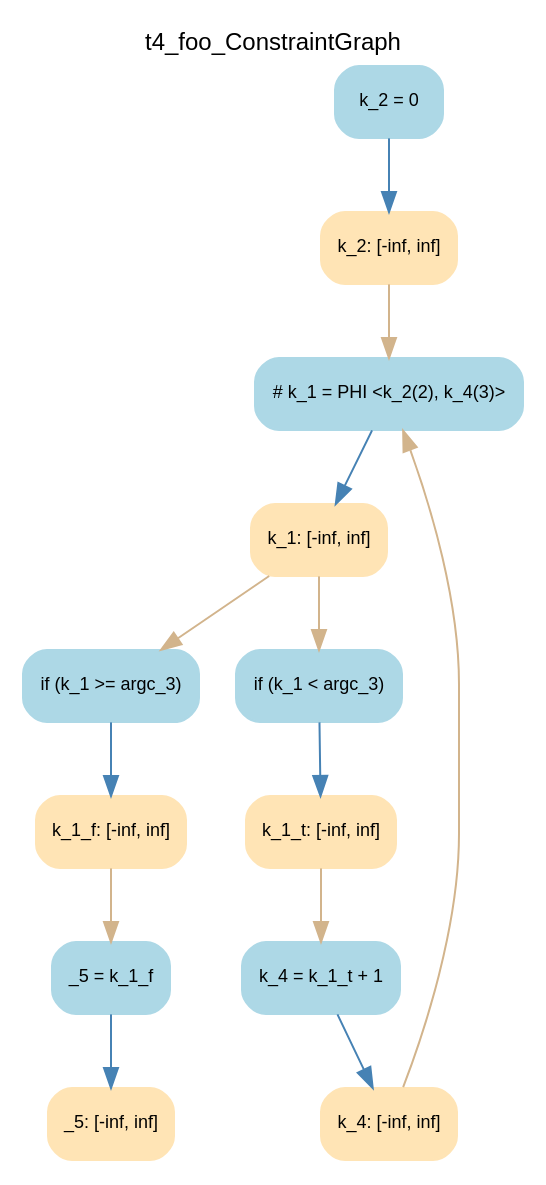
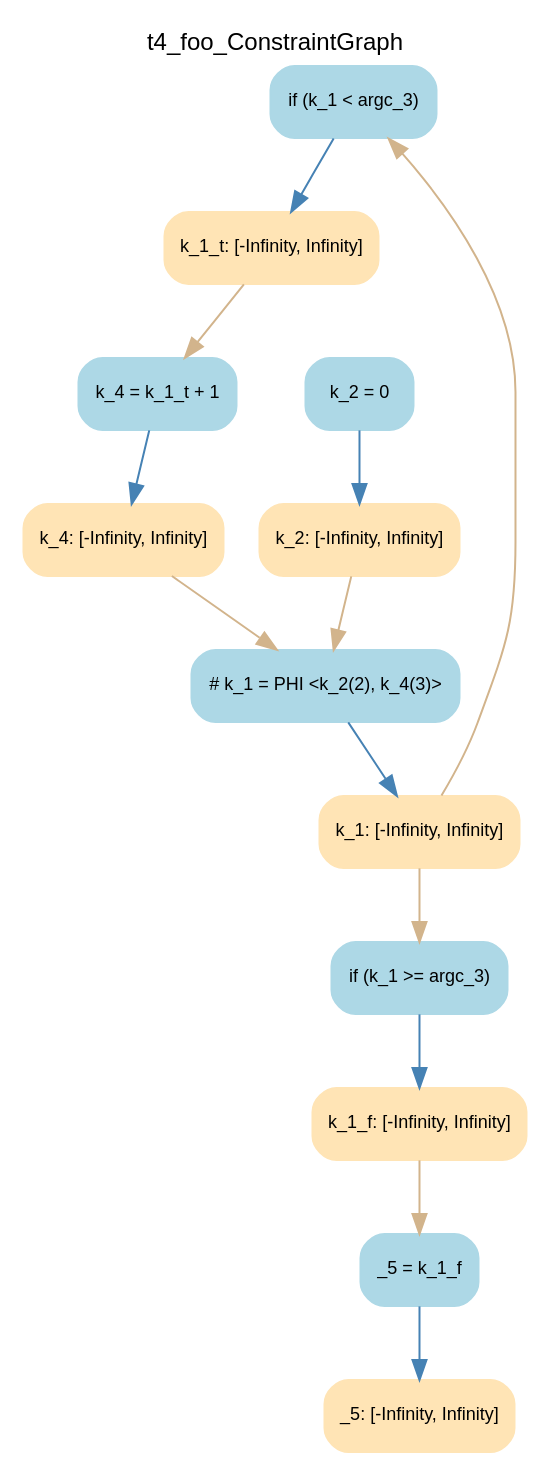
Before and after one commit to DeleteMemoryyy/RangeAnalysis: the diagram in dot/t4_foo_ConstraintGraph.dot, drawn with Graphviz. The commit also changed 45 other files, not shown here.

```diff
--- a/dot/t4_foo_ConstraintGraph.dot
+++ b/dot/t4_foo_ConstraintGraph.dot
@@ -1,35 +1,35 @@
 digraph t4_foo_ConstraintGraph { 
 	label=t4_foo_ConstraintGraph
 	center=true
 	labelloc=top
 	fontname=Arial
 	fontsize=12
 	edge[fontname=Arial, fontsize=10]
 	node[fontname=Arial, fontsize=9]
 
 		Node_0 -> Node_1 [color=steelblue]
 		Node_2 -> Node_3 [color=steelblue]
 		Node_4 -> Node_5 [color=steelblue]
 		Node_6 -> Node_7 [color=steelblue]
 		Node_8 -> Node_9 [color=steelblue]
 		Node_10 -> Node_11 [color=steelblue]
-		Node_5 -> Node_0 [color=tan]
+		Node_9 -> Node_0 [color=tan]
+		Node_9 -> Node_10 [color=tan]
+		Node_1 -> Node_2 [color=tan]
 		Node_11 -> Node_6 [color=tan]
-		Node_7 -> Node_0 [color=tan]
 		Node_3 -> Node_8 [color=tan]
-		Node_1 -> Node_2 [color=tan]
-		Node_1 -> Node_10 [color=tan]
+		Node_5 -> Node_8 [color=tan]
 
-	Node_0 [fillcolor=lightblue, color=lightblue, shape=Mrecord, style=filled, label="{ # k_1 = PHI \<k_2(2), k_4(3)\> }"]
-	Node_2 [fillcolor=lightblue, color=lightblue, shape=Mrecord, style=filled, label="{ if (k_1 \>= argc_3) }"]
+	Node_0 [fillcolor=lightblue, color=lightblue, shape=Mrecord, style=filled, label="{ if (k_1 \< argc_3) }"]
+	Node_2 [fillcolor=lightblue, color=lightblue, shape=Mrecord, style=filled, label="{ k_4 = k_1_t + 1 }"]
 	Node_4 [fillcolor=lightblue, color=lightblue, shape=Mrecord, style=filled, label="{ k_2 = 0 }"]
-	Node_6 [fillcolor=lightblue, color=lightblue, shape=Mrecord, style=filled, label="{ k_4 = k_1_t + 1 }"]
-	Node_8 [fillcolor=lightblue, color=lightblue, shape=Mrecord, style=filled, label="{ _5 = k_1_f }"]
-	Node_10 [fillcolor=lightblue, color=lightblue, shape=Mrecord, style=filled, label="{ if (k_1 \< argc_3) }"]
-	Node_5 [fillcolor=moccasin, color=moccasin, shape=Mrecord, style=filled, label="{ k_2: \[-inf, inf\] }"]
-	Node_11 [fillcolor=moccasin, color=moccasin, shape=Mrecord, style=filled, label="{ k_1_t: \[-inf, inf\] }"]
-	Node_7 [fillcolor=moccasin, color=moccasin, shape=Mrecord, style=filled, label="{ k_4: \[-inf, inf\] }"]
-	Node_9 [fillcolor=moccasin, color=moccasin, shape=Mrecord, style=filled, label="{ _5: \[-inf, inf\] }"]
-	Node_3 [fillcolor=moccasin, color=moccasin, shape=Mrecord, style=filled, label="{ k_1_f: \[-inf, inf\] }"]
-	Node_1 [fillcolor=moccasin, color=moccasin, shape=Mrecord, style=filled, label="{ k_1: \[-inf, inf\] }"]
+	Node_6 [fillcolor=lightblue, color=lightblue, shape=Mrecord, style=filled, label="{ _5 = k_1_f }"]
+	Node_8 [fillcolor=lightblue, color=lightblue, shape=Mrecord, style=filled, label="{ # k_1 = PHI \<k_2(2), k_4(3)\> }"]
+	Node_10 [fillcolor=lightblue, color=lightblue, shape=Mrecord, style=filled, label="{ if (k_1 \>= argc_3) }"]
+	Node_9 [fillcolor=moccasin, color=moccasin, shape=Mrecord, style=filled, label="{ k_1: \[-Infinity, Infinity\] }"]
+	Node_7 [fillcolor=moccasin, color=moccasin, shape=Mrecord, style=filled, label="{ _5: \[-Infinity, Infinity\] }"]
+	Node_1 [fillcolor=moccasin, color=moccasin, shape=Mrecord, style=filled, label="{ k_1_t: \[-Infinity, Infinity\] }"]
+	Node_11 [fillcolor=moccasin, color=moccasin, shape=Mrecord, style=filled, label="{ k_1_f: \[-Infinity, Infinity\] }"]
+	Node_3 [fillcolor=moccasin, color=moccasin, shape=Mrecord, style=filled, label="{ k_4: \[-Infinity, Infinity\] }"]
+	Node_5 [fillcolor=moccasin, color=moccasin, shape=Mrecord, style=filled, label="{ k_2: \[-Infinity, Infinity\] }"]
 }
```
